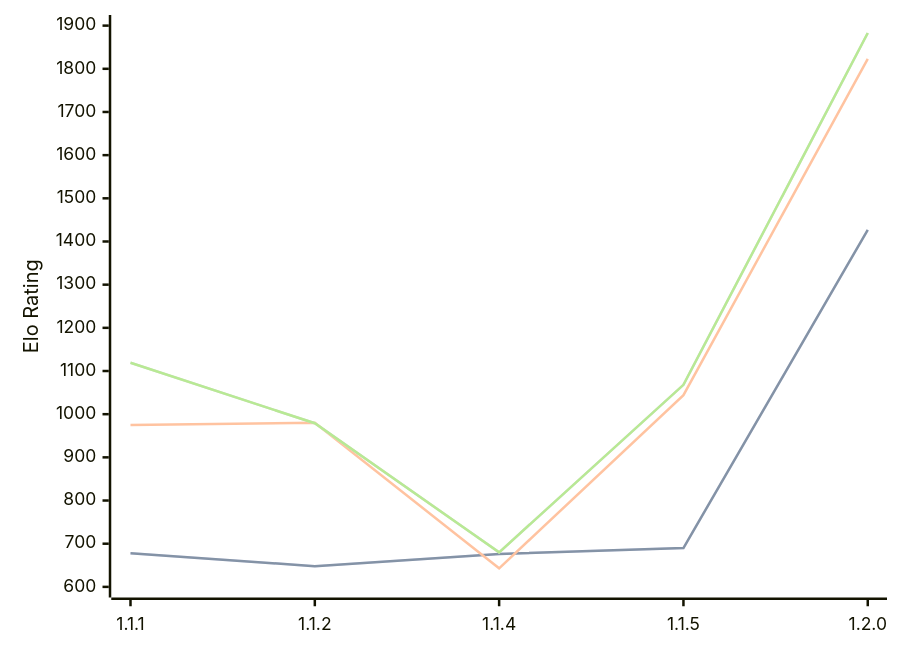
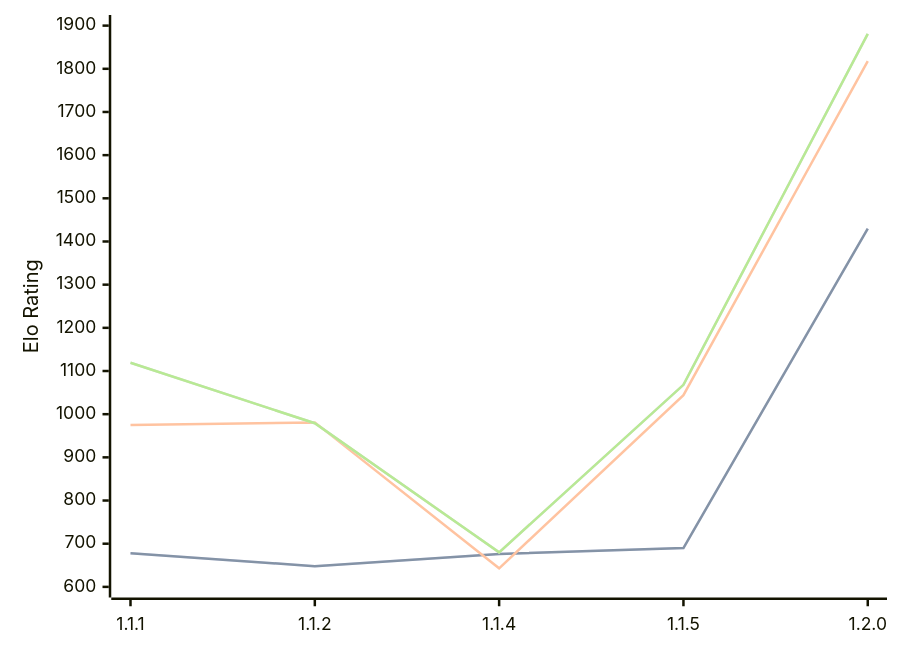
One commit to computer-chess-index/cci changed the first of 3 diagrams in engines/ChessCore.md. Above: the diagram before and after it, drawn with Mermaid. The commit also changed other lines of this file, not shown here.

Commit message:
Update CCI Ratings (ELO VLTC) - 2026-07-08

````diff
--- a/engines/ChessCore.md
+++ b/engines/ChessCore.md
@@ -36,11 +36,11 @@
 ```mermaid
 %%{init: {"theme":"base","themeVariables":{"seriesColors:['#a3a3a3','#222221','#faa371']}}}%%
 xychart-beta
   x-axis ["1.1.1", "1.1.2", "1.1.4", "1.1.5", "1.2.0"]
   y-axis "Elo Rating" 600 --> 1900
-  line "STC (8.0+0.08s)" [678, 648, 676, 690, 1427]
-  line "STC (8.0+0.08s)" [678, 648, 676, 690, 1427]
-  line "LTC (60.0+0.60s)" [975, 980, 643, 1044, 1823]
-  line "VLTC (2m24s+1.12s)" [1119, 979, 680, 1068, 1883]
-  line "VLTC (2m24s+1.12s)" [1119, 979, 680, 1068, 1883]
+  line "STC (8.0+0.08s)" [678, 648, 676, 690, 1430]
+  line "STC (8.0+0.08s)" [678, 648, 676, 690, 1430]
+  line "LTC (60.0+0.60s)" [975, 981, 643, 1044, 1818]
+  line "VLTC (2m24s+1.12s)" [1119, 979, 680, 1068, 1881]
+  line "VLTC (2m24s+1.12s)" [1119, 979, 680, 1068, 1881]
 ```
````
